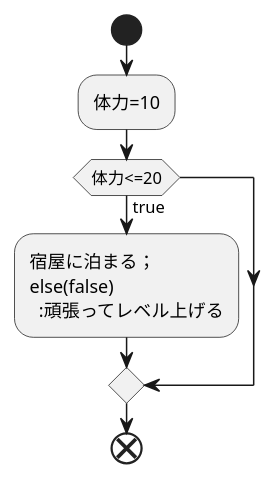
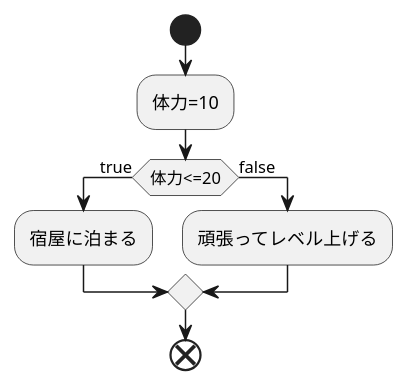
One commit to Aso2001207/2021sys-design changed the diagram in kadai2.md. Above: the diagram before and after it, drawn with PlantUML.

````diff
--- a/kadai2.md
+++ b/kadai2.md
@@ -1,12 +1,12 @@
 ```uml
 @startuml
 start
 :体力=10;
 if (体力<=20) then (true)
-  :宿屋に泊まる；
+  :宿屋に泊まる;
   else(false)
-    :頑張ってレベル上げる;
+   :頑張ってレベル上げる;
  endif
  end
 @enduml
 ```
````
